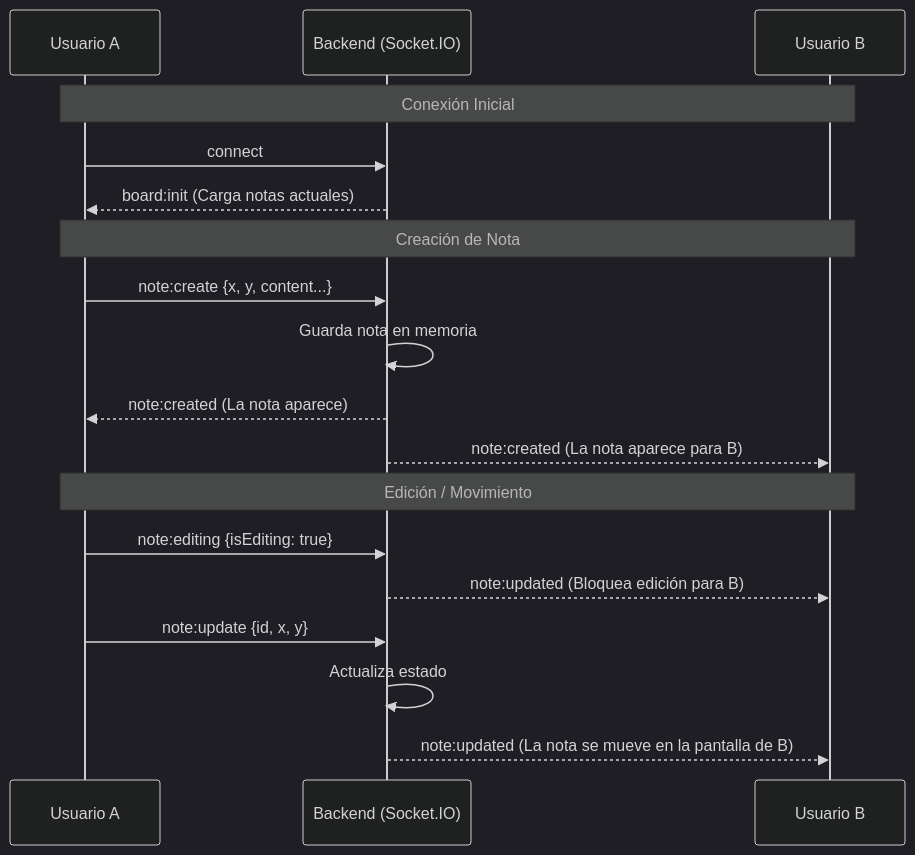
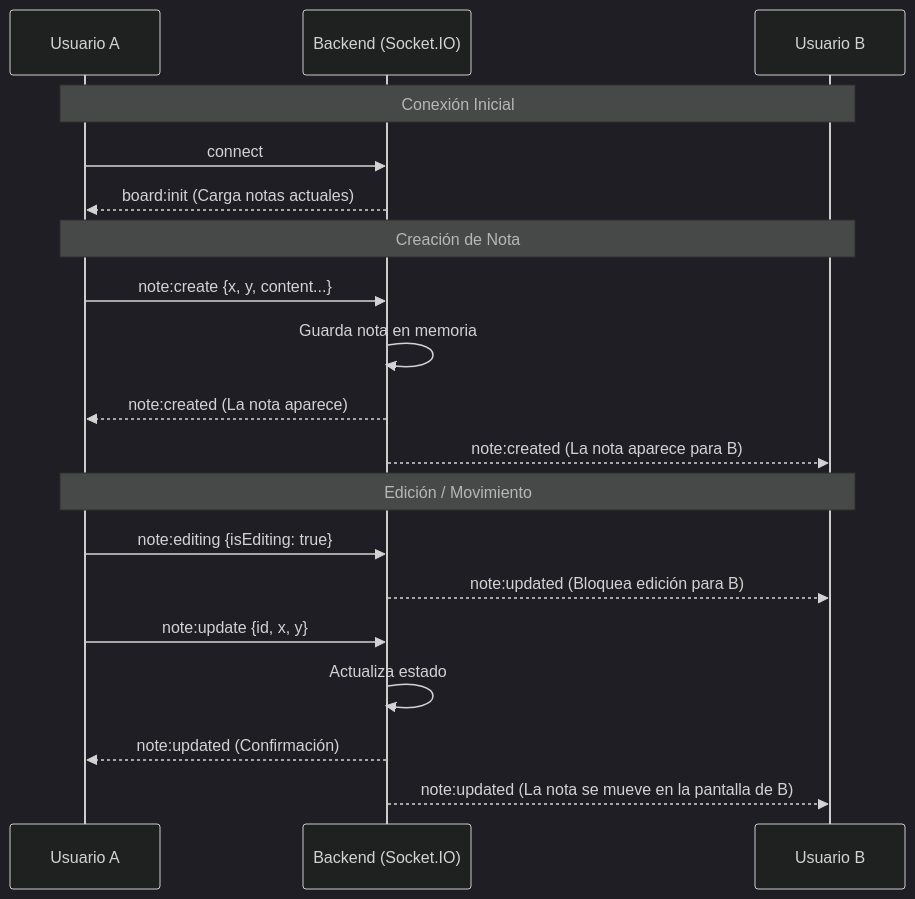
Before and after one commit to ipassala/collab-notes: the diagram in README.md, drawn with Mermaid (dark theme). The commit also changed other lines of this file, not shown here.

````diff
--- a/README.md
+++ b/README.md
@@ -70,24 +70,25 @@
 ```mermaid
 sequenceDiagram
     participant UserA as Usuario A
     participant Server as Backend (Socket.IO)
     participant UserB as Usuario B
     
     Note over UserA, UserB: Conexión Inicial
     UserA->>Server: connect
     Server-->>UserA: board:init (Carga notas actuales)
     
     Note over UserA, UserB: Creación de Nota
     UserA->>Server: note:create {x, y, content...}
     Server->>Server: Guarda nota en memoria
     Server-->>UserA: note:created (La nota aparece)
     Server-->>UserB: note:created (La nota aparece para B)
     
     Note over UserA, UserB: Edición / Movimiento
     UserA->>Server: note:editing {isEditing: true}
     Server-->>UserB: note:updated (Bloquea edición para B)
     
     UserA->>Server: note:update {id, x, y}
     Server->>Server: Actualiza estado
+    Server-->>UserA: note:updated (Confirmación)
     Server-->>UserB: note:updated (La nota se mueve en la pantalla de B)
 ```
````
